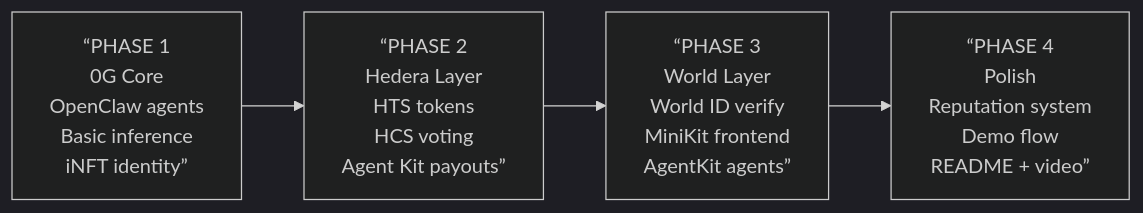
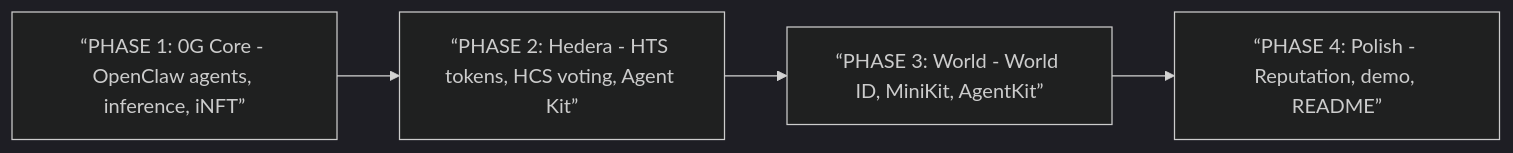
The eighth of 8 diagrams in README.md (derek2403/cannes2026), drawn with Mermaid (dark theme) before and after one commit. The commit also changed other lines of this file, not shown here.

````diff
--- a/README.md
+++ b/README.md
@@ -623,5 +614,4 @@
 ```mermaid
 graph LR
-    P1[“PHASE 1<br/>0G Core<br/>OpenClaw agents<br/>Basic inference<br/>iNFT identity”] --> P2[“PHASE 2<br/>Hedera Layer<br/>HTS tokens<br/>HCS voting<br/>Agent Kit payouts”] --> P3[“PHASE 3<br/>World Layer<br/>World ID verify<br/>MiniKit frontend<br/>AgentKit agents”] --> P4[“PHASE 4<br/>Polish<br/>Reputation system<br/>Demo flow<br/>README + video”]
-    
+    P1[“PHASE 1: 0G Core - OpenClaw agents, inference, iNFT”] --> P2[“PHASE 2: Hedera - HTS tokens, HCS voting, Agent Kit”] --> P3[“PHASE 3: World - World ID, MiniKit, AgentKit”] --> P4[“PHASE 4: Polish - Reputation, demo, README”]
 ```
````
